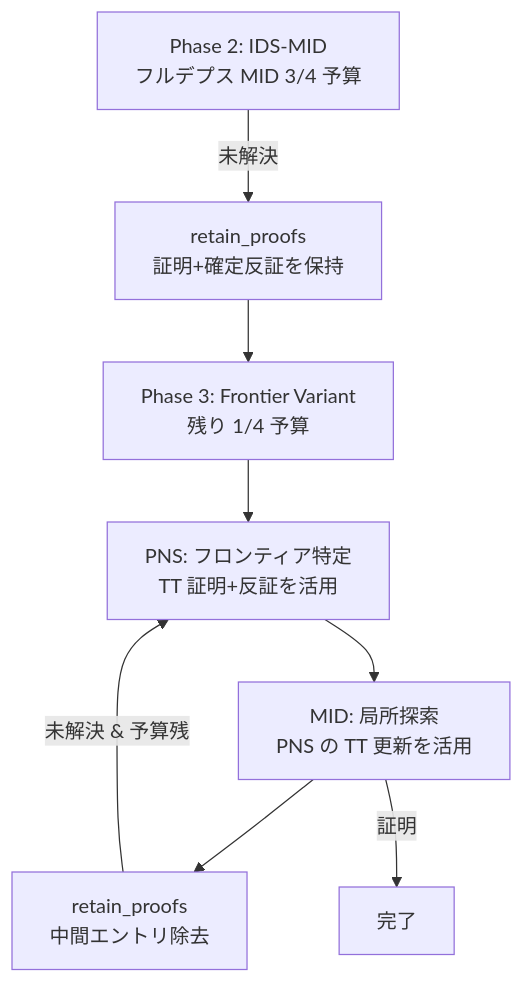
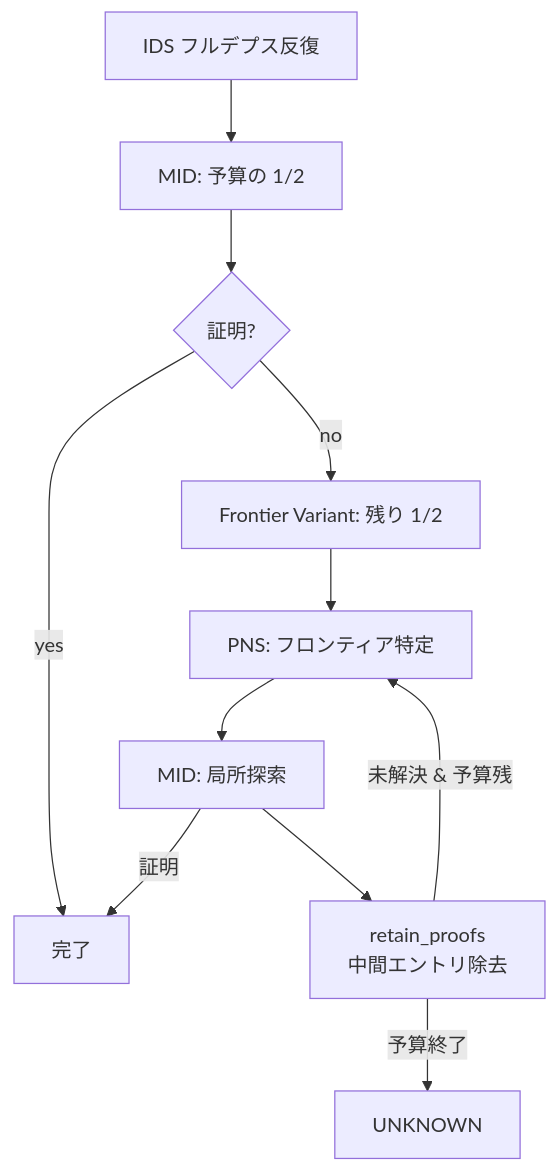
One commit to dousu/maou changed the third of 4 diagrams in docs/design/tsume-solver-design.md. Above: the diagram before and after it, drawn with Mermaid. The commit also changed other lines of this file, not shown here.

First line of the commit message:
docs: fix design doc discrepancies with unified IDS+Frontier architecture

````diff
--- a/docs/design/tsume-solver-design.md
+++ b/docs/design/tsume-solver-design.md
@@ -303,10 +272,13 @@
 ```mermaid
 flowchart TD
-    P2[Phase 2: IDS-MID\nフルデプス MID 3/4 予算] -->|未解決| C1[retain_proofs\n証明+確定反証を保持]
-    C1 --> P3[Phase 3: Frontier Variant\n残り 1/4 予算]
-    P3 --> PNS[PNS: フロンティア特定\nTT 証明+反証を活用]
-    PNS --> MID3[MID: 局所探索\nPNS の TT 更新を活用]
-    MID3 --> C2[retain_proofs\n中間エントリ除去]
-    C2 -->|未解決 & 予算残| PNS
-    MID3 -->|証明| Done[完了]
+    IDS[IDS フルデプス反復] --> MID[MID: 予算の 1/2]
+    MID --> C1{証明?}
+    C1 -->|yes| Done[完了]
+    C1 -->|no| FV[Frontier Variant: 残り 1/2]
+    FV --> PNS[PNS: フロンティア特定]
+    PNS --> MID2[MID: 局所探索]
+    MID2 --> RP[retain_proofs\n中間エントリ除去]
+    RP -->|未解決 & 予算残| PNS
+    MID2 -->|証明| Done
+    RP -->|予算終了| Unknown[UNKNOWN]
 ```
````
